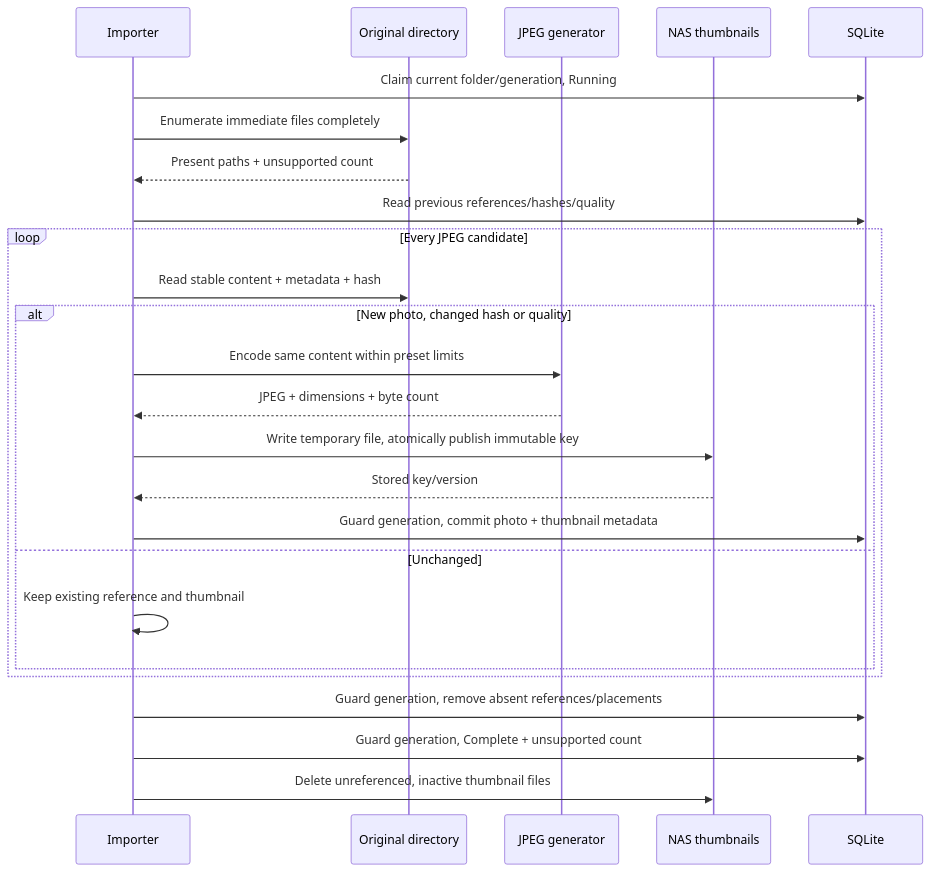
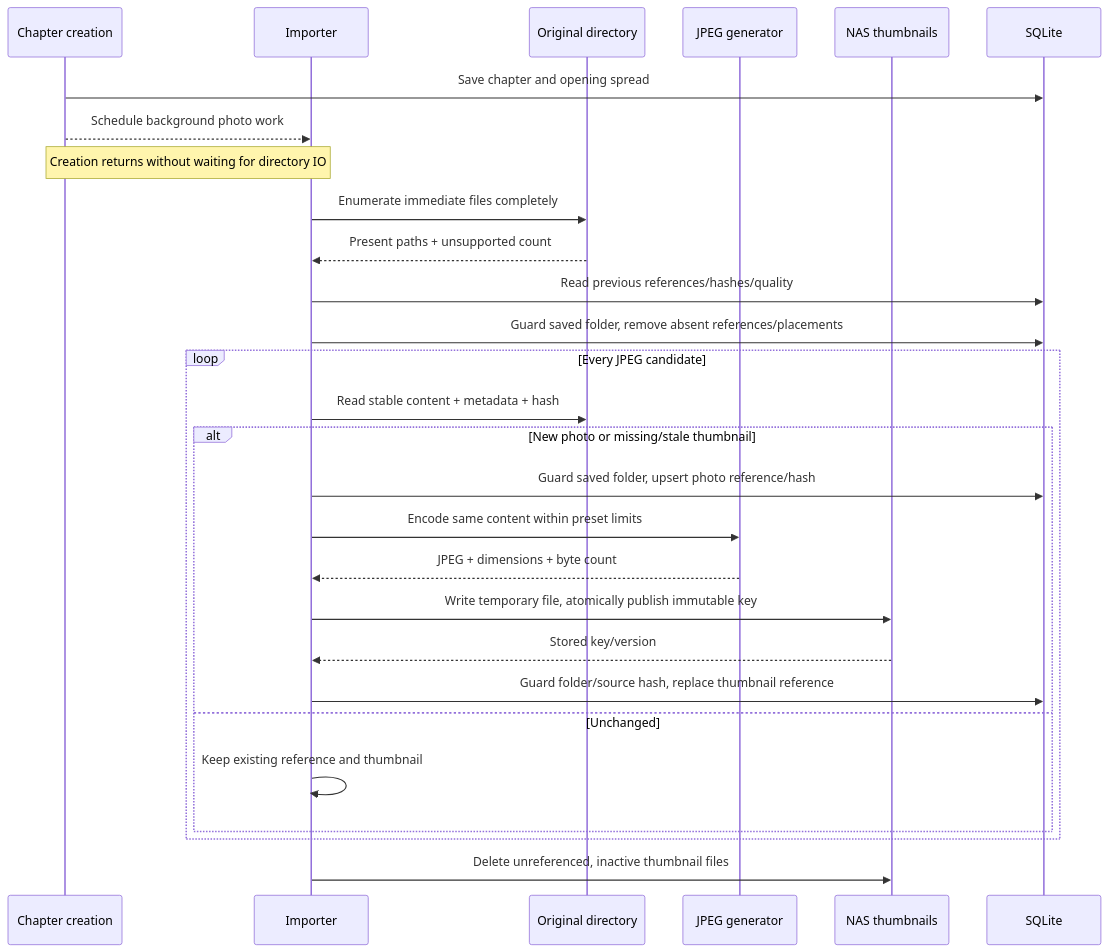
Before and after one commit to Shepherd-s-Den/photography: the second of 2 diagrams in specs/changes/chapter-photo-import/proposal.md, drawn with Mermaid. The commit also changed other lines of this file, not shown here.

First line of the commit message:
Specify nonblocking photo discovery without chapter state

````diff
--- a/specs/changes/chapter-photo-import/proposal.md
+++ b/specs/changes/chapter-photo-import/proposal.md
@@ -167,27 +161,30 @@
 ```mermaid
 sequenceDiagram
+  participant C as Chapter creation
   participant I as Importer
   participant S as Original directory
   participant G as JPEG generator
   participant N as NAS thumbnails
   participant D as SQLite
-  I->>D: Claim current folder/generation, Running
+  C->>D: Save chapter and opening spread
+  C-->>I: Schedule background photo work
+  Note over C,I: Creation returns without waiting for directory IO
   I->>S: Enumerate immediate files completely
   S-->>I: Present paths + unsupported count
   I->>D: Read previous references/hashes/quality
+  I->>D: Guard saved folder, remove absent references/placements
   loop Every JPEG candidate
     I->>S: Read stable content + metadata + hash
-    alt New photo, changed hash or quality
+    alt New photo or missing/stale thumbnail
+      I->>D: Guard saved folder, upsert photo reference/hash
       I->>G: Encode same content within preset limits
       G-->>I: JPEG + dimensions + byte count
       I->>N: Write temporary file, atomically publish immutable key
       N-->>I: Stored key/version
-      I->>D: Guard generation, commit photo + thumbnail metadata
+      I->>D: Guard folder/source hash, replace thumbnail reference
     else Unchanged
       I->>I: Keep existing reference and thumbnail
     end
   end
-  I->>D: Guard generation, remove absent references/placements
-  I->>D: Guard generation, Complete + unsupported count
   I->>N: Delete unreferenced, inactive thumbnail files
 ```
````
